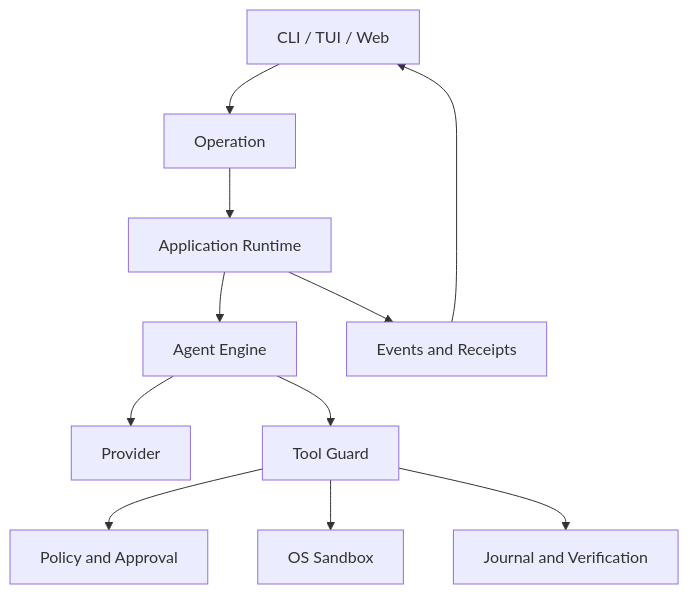
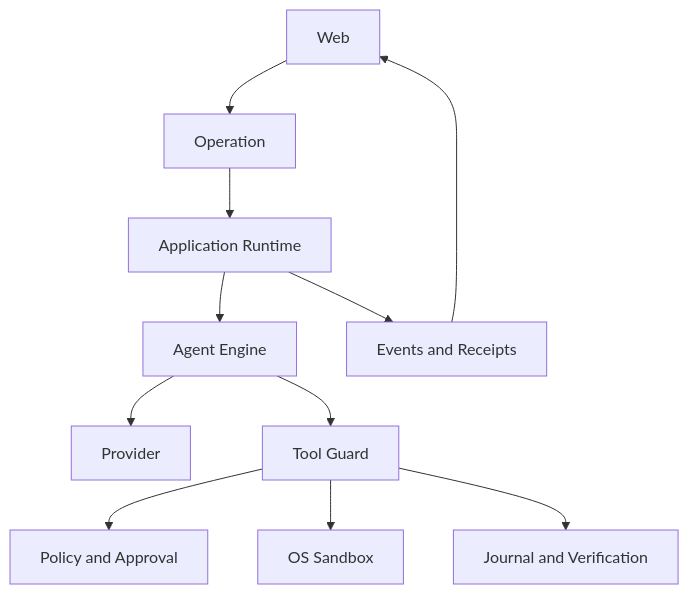
One commit to fwtllh-png/CodeHelper changed the diagram in docs/book/zh-CN/01-agent-engineering/05-why-governed-runtime.md. Above: the diagram before and after it, drawn with Mermaid. The commit also changed other lines of this file and 517 other files, not shown here.

````diff
--- a/docs/book/zh-CN/01-agent-engineering/05-why-governed-runtime.md
+++ b/docs/book/zh-CN/01-agent-engineering/05-why-governed-runtime.md
@@ -100,13 +100,13 @@
 ```mermaid
 flowchart TD
-    H[CLI / TUI / Web] --> O[Operation]
+    H[Web] --> O[Operation]
     O --> R[Application Runtime]
     R --> E[Agent Engine]
     E --> M[Provider]
     E --> G[Tool Guard]
     G --> P[Policy and Approval]
     G --> S[OS Sandbox]
     G --> J[Journal and Verification]
     R --> F[Events and Receipts]
     F --> H
 ```
````
